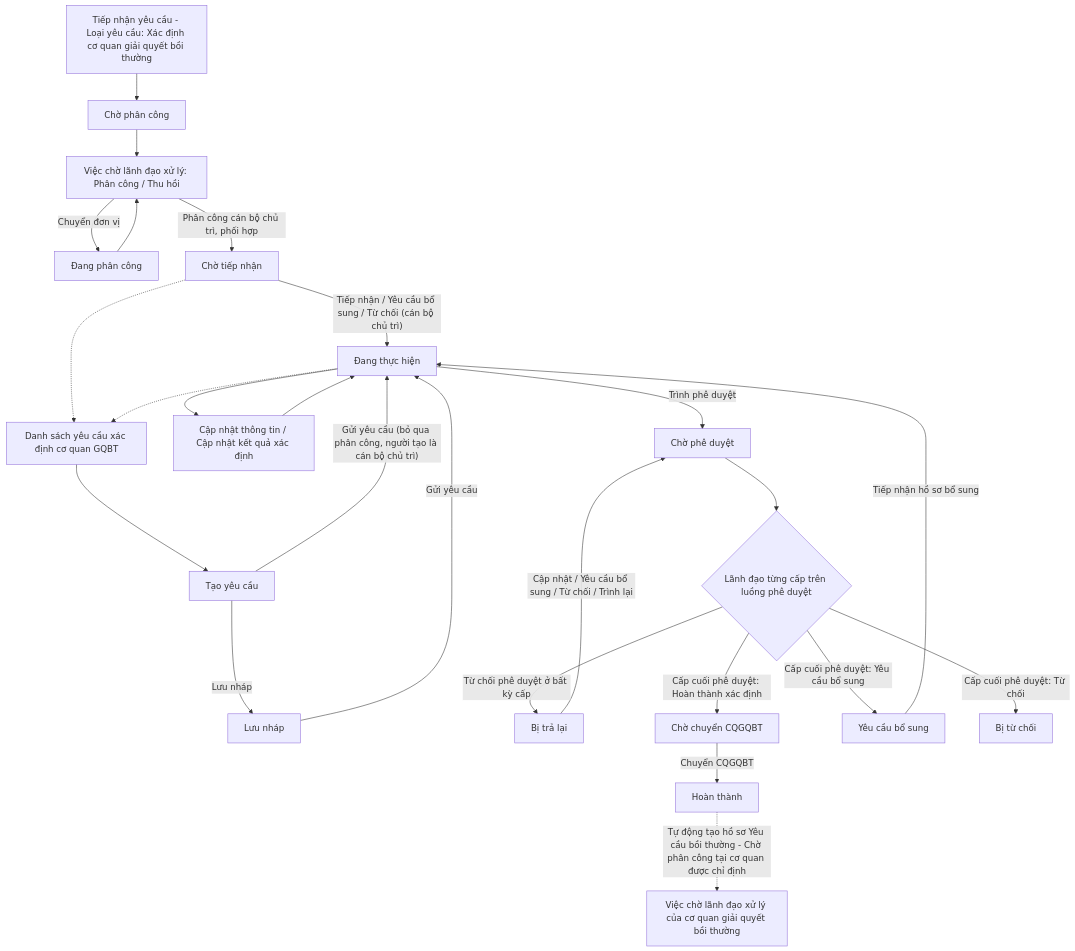
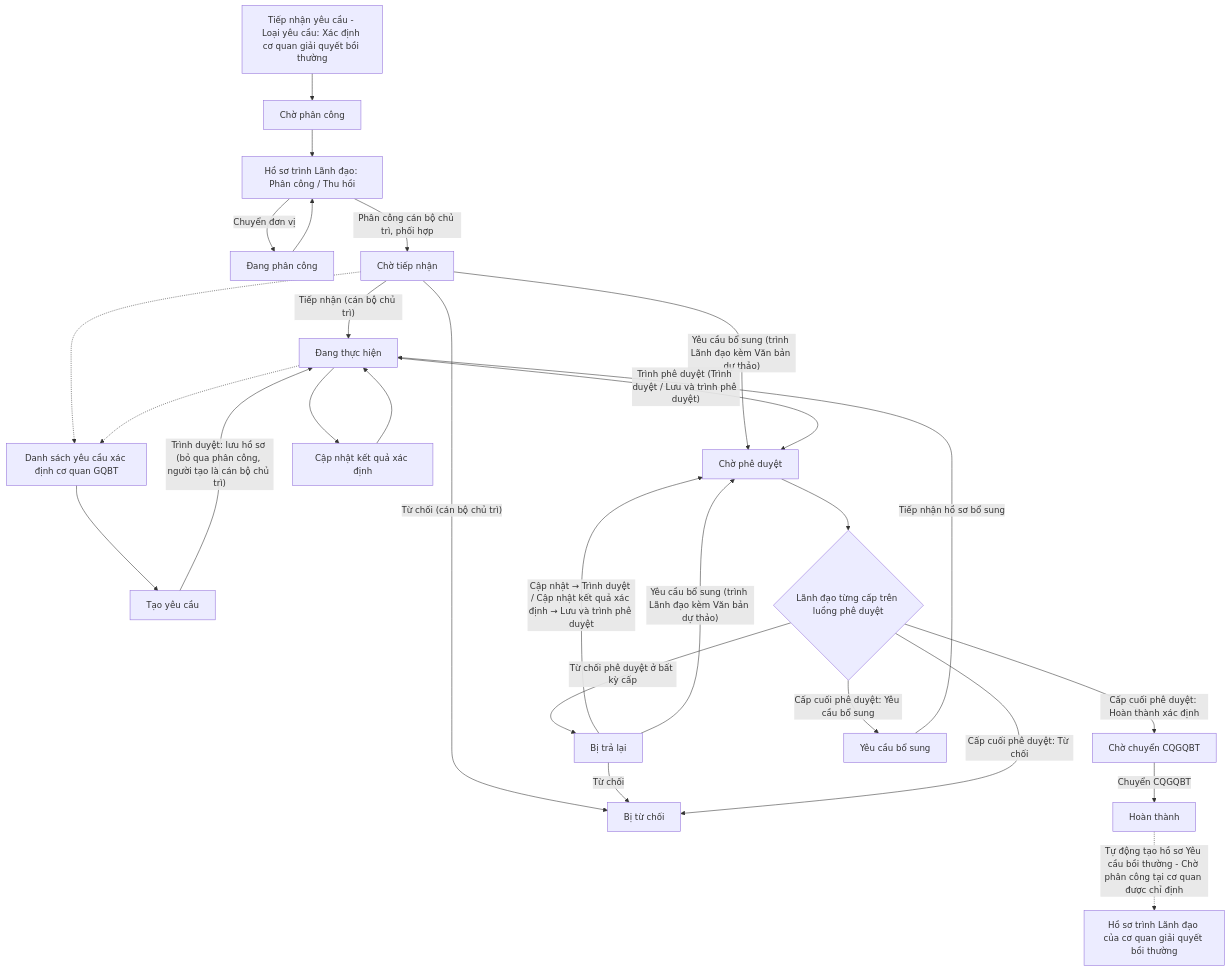
The diagram in Tai lieu phan tich/03_Website_Quan_tri/03_Cong_tac_boi_thuong/SRS_BTNN_GiaiQuyetBT__Xac định cơ quan GQBT.md (huyendt2007/BPBD_UI), drawn with Mermaid before and after one commit. The commit also changed other lines of this file and 44 other files, not shown here.

Commit message:
Bo sung gia lap ban ghi Cho tiep nhan o Xac dinh co quan boi thuong va can chinh bang Cho xu ly

````diff
--- a/Tai lieu phan tich/03_Website_Quan_tri/03_Cong_tac_boi_thuong/SRS_BTNN_GiaiQuyetBT__Xac định cơ quan GQBT.md
+++ b/Tai lieu phan tich/03_Website_Quan_tri/03_Cong_tac_boi_thuong/SRS_BTNN_GiaiQuyetBT__Xac định cơ quan GQBT.md
@@ -78,27 +88,29 @@
 ```mermaid
 flowchart TD
     TN["Tiếp nhận yêu cầu - Loại yêu cầu: Xác định cơ quan giải quyết bồi thường"] --> CPC["Chờ phân công"]
-    CPC --> LD["Việc chờ lãnh đạo xử lý: Phân công / Thu hồi"]
+    CPC --> LD["Hồ sơ trình Lãnh đạo: Phân công / Thu hồi"]
     LD -->|"Chuyển đơn vị"| DPC["Đang phân công"]
     DPC --> LD
     LD -->|"Phân công cán bộ chủ trì, phối hợp"| CTN["Chờ tiếp nhận"]
     A["Danh sách yêu cầu xác định cơ quan GQBT"] --> C["Tạo yêu cầu"]
-    C -->|"Lưu nháp"| D["Lưu nháp"]
-    D -->|"Gửi yêu cầu"| DTH["Đang thực hiện"]
-    C -->|"Gửi yêu cầu (bỏ qua phân công, người tạo là cán bộ chủ trì)"| DTH
-    CTN -->|"Tiếp nhận / Yêu cầu bổ sung / Từ chối (cán bộ chủ trì)"| DTH
-    DTH --> KQ["Cập nhật thông tin / Cập nhật kết quả xác định"]
+    C -->|"Trình duyệt: lưu hồ sơ (bỏ qua phân công, người tạo là cán bộ chủ trì)"| DTH["Đang thực hiện"]
+    CTN -->|"Tiếp nhận (cán bộ chủ trì)"| DTH
+    CTN -->|"Yêu cầu bổ sung (trình Lãnh đạo kèm Văn bản dự thảo)"| CPD
+    CTN -->|"Từ chối (cán bộ chủ trì)"| BTC
+    DTH --> KQ["Cập nhật kết quả xác định"]
     KQ --> DTH
-    DTH -->|"Trình phê duyệt"| CPD["Chờ phê duyệt"]
+    DTH -->|"Trình phê duyệt (Trình duyệt / Lưu và trình phê duyệt)"| CPD["Chờ phê duyệt"]
     CPD --> PD{"Lãnh đạo từng cấp trên luồng phê duyệt"}
     PD -->|"Từ chối phê duyệt ở bất kỳ cấp"| BTL["Bị trả lại"]
-    BTL -->|"Cập nhật / Yêu cầu bổ sung / Từ chối / Trình lại"| CPD
+    BTL -->|"Cập nhật → Trình duyệt / Cập nhật kết quả xác định → Lưu và trình phê duyệt"| CPD
+    BTL -->|"Yêu cầu bổ sung (trình Lãnh đạo kèm Văn bản dự thảo)"| CPD
+    BTL -->|"Từ chối"| BTC
     PD -->|"Cấp cuối phê duyệt: Hoàn thành xác định"| CC["Chờ chuyển CQGQBT"]
     PD -->|"Cấp cuối phê duyệt: Yêu cầu bổ sung"| YCBS["Yêu cầu bổ sung"]
     PD -->|"Cấp cuối phê duyệt: Từ chối"| BTC["Bị từ chối"]
     YCBS -->|"Tiếp nhận hồ sơ bổ sung"| DTH
     CC -->|"Chuyển CQGQBT"| HT["Hoàn thành"]
-    HT -.->|"Tự động tạo hồ sơ Yêu cầu bồi thường - Chờ phân công tại cơ quan được chỉ định"| YC["Việc chờ lãnh đạo xử lý của cơ quan giải quyết bồi thường"]
+    HT -.->|"Tự động tạo hồ sơ Yêu cầu bồi thường - Chờ phân công tại cơ quan được chỉ định"| YC["Hồ sơ trình Lãnh đạo của cơ quan giải quyết bồi thường"]
     CTN -.-> A
     DTH -.-> A
 ```
````
